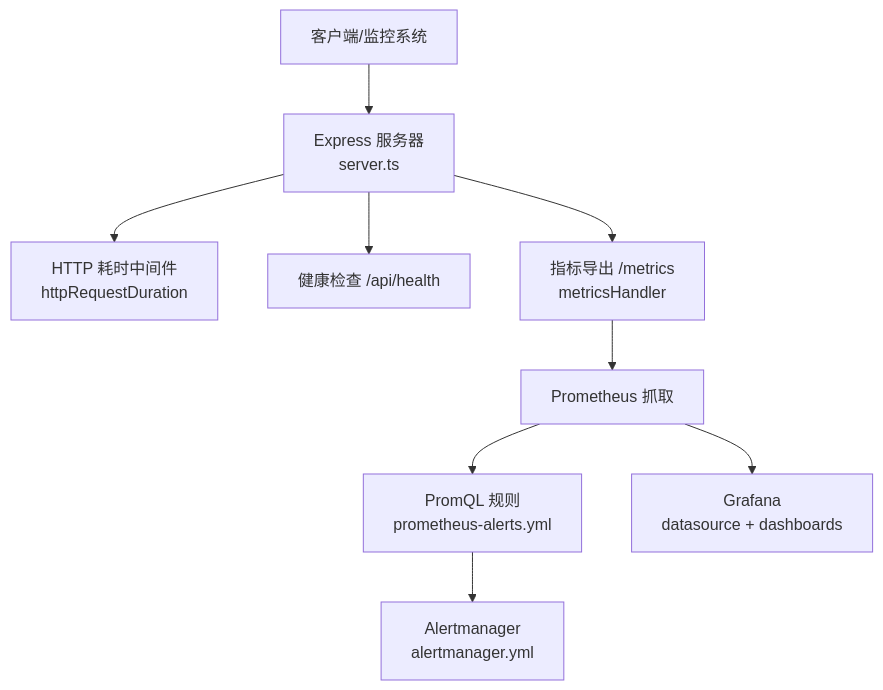
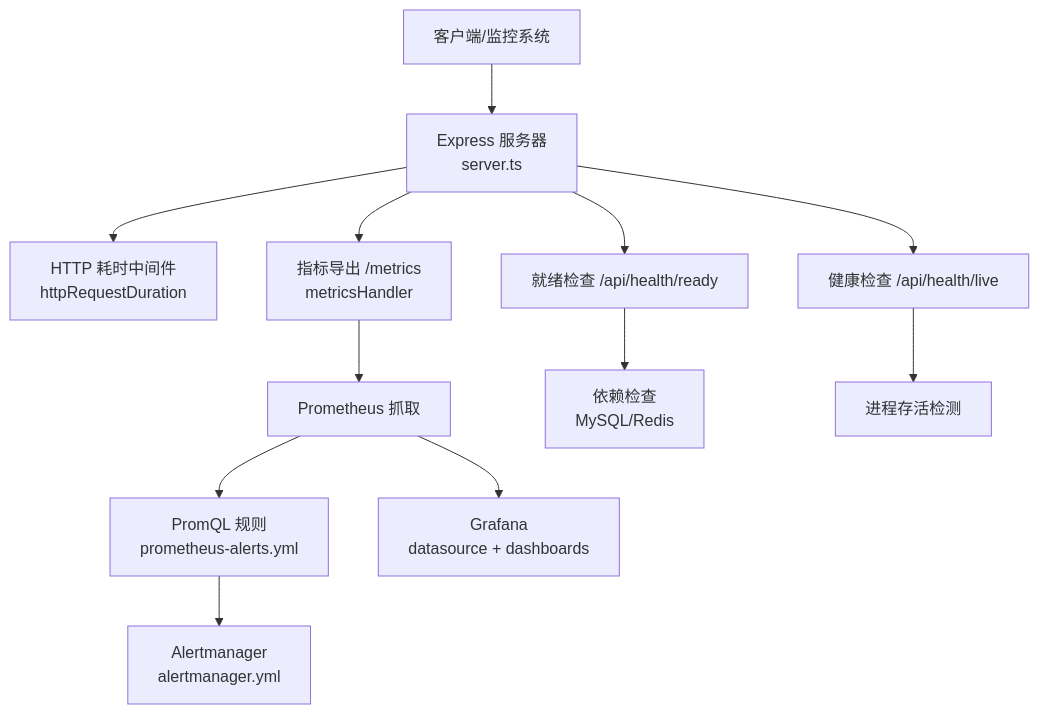
Before and after one commit to dgjin/smart-data-analytics: the first of 10 diagrams in .qoder/repowiki/zh/content/API参考/管理API/监控指标API.md, drawn with Mermaid. The commit also changed other lines of this file and 100 other files, not shown here.

````diff
--- a/.qoder/repowiki/zh/content/API参考/管理API/监控指标API.md
+++ b/.qoder/repowiki/zh/content/API参考/管理API/监控指标API.md
@@ -35,11 +47,14 @@
 ```mermaid
 graph TB
 A["客户端/监控系统"] --> B["Express 服务器<br/>server.ts"]
 B --> C["HTTP 耗时中间件<br/>httpRequestDuration"]
-B --> D["健康检查 /api/health"]
-B --> E["指标导出 /metrics<br/>metricsHandler"]
-E --> F["Prometheus 抓取"]
-F --> G["PromQL 规则<br/>prometheus-alerts.yml"]
-G --> H["Alertmanager<br/>alertmanager.yml"]
-F --> I["Grafana<br/>datasource + dashboards"]
+B --> D["健康检查 /api/health/live"]
+B --> E["就绪检查 /api/health/ready"]
+B --> F["指标导出 /metrics<br/>metricsHandler"]
+F --> G["Prometheus 抓取"]
+G --> H["PromQL 规则<br/>prometheus-alerts.yml"]
+H --> I["Alertmanager<br/>alertmanager.yml"]
+G --> J["Grafana<br/>datasource + dashboards"]
+E --> K["依赖检查<br/>MySQL/Redis"]
+D --> L["进程存活检测"]
 ```
````
